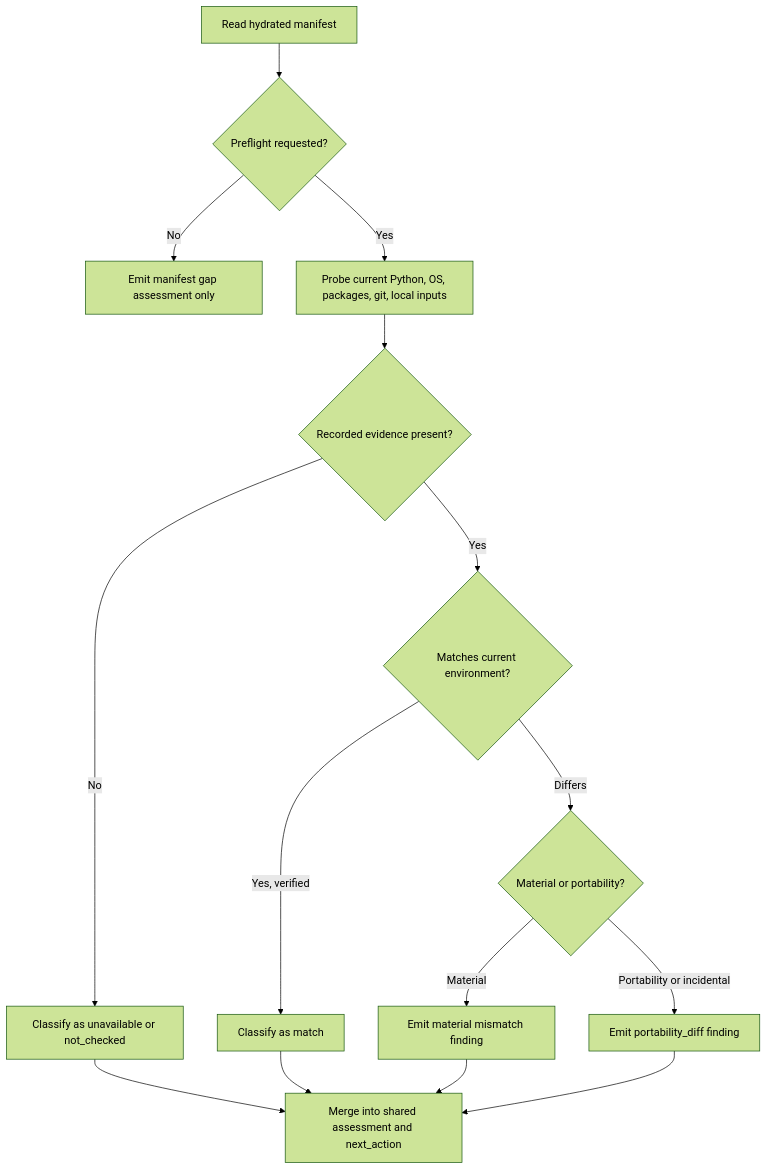
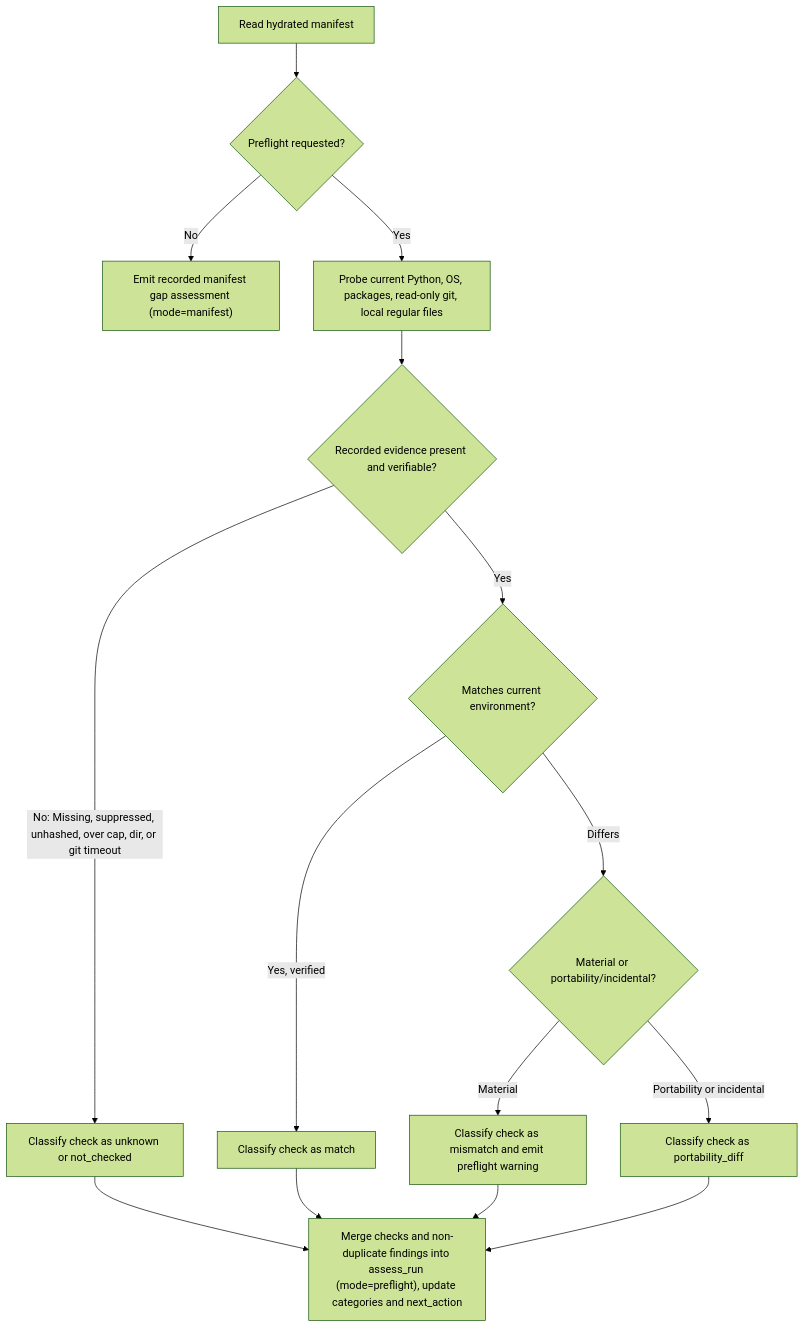
One commit to fariello/pubrun changed the diagram in .aw/records/plans/pending/20261121-repro-check-02-tusvtd-read-only-offline-rerun-preflight-comparison-engine.ipd.md. Above: the diagram before and after it, drawn with Mermaid (forest theme). The commit also changed other lines of this file and 1 other file, not shown here.

````diff
--- a/.aw/records/plans/pending/20261121-repro-check-02-tusvtd-read-only-offline-rerun-preflight-comparison-engine.ipd.md
+++ b/.aw/records/plans/pending/20261121-repro-check-02-tusvtd-read-only-offline-rerun-preflight-comparison-engine.ipd.md
@@ -34,17 +37,17 @@
 ```mermaid
 flowchart TD
-    A[Read hydrated manifest] --> B{Preflight requested?}
-    B -->|No| C[Emit manifest gap assessment only]
-    B -->|Yes| D[Probe current Python, OS, packages, git, local inputs]
-    D --> E{Recorded evidence present?}
-    E -->|No| F[Classify as unavailable or not_checked]
-    E -->|Yes| G{Matches current environment?}
-    G -->|Yes, verified| H[Classify as match]
-    G -->|Differs| I{Material or portability?}
-    I -->|Material| J[Emit material mismatch finding]
-    I -->|Portability or incidental| K[Emit portability_diff finding]
-    F --> L[Merge into shared assessment and next_action]
+    A["Read hydrated manifest"] --> B{"Preflight requested?"}
+    B -->|No| C["Emit recorded manifest gap assessment (mode=manifest)"]
+    B -->|Yes| D["Probe current Python, OS, packages, read-only git, local regular files"]
+    D --> E{"Recorded evidence present and verifiable?"}
+    E -->|No: Missing, suppressed, unhashed, over cap, dir, or git timeout| F["Classify check as unknown or not_checked"]
+    E -->|Yes| G{"Matches current environment?"}
+    G -->|Yes, verified| H["Classify check as match"]
+    G -->|Differs| I{"Material or portability/incidental?"}
+    I -->|Material| J["Classify check as mismatch and emit preflight warning"]
+    I -->|Portability or incidental| K["Classify check as portability_diff"]
+    F --> L["Merge checks and non-duplicate findings into assess_run (mode=preflight), update categories and next_action"]
     H --> L
     J --> L
     K --> L
 ```
````
